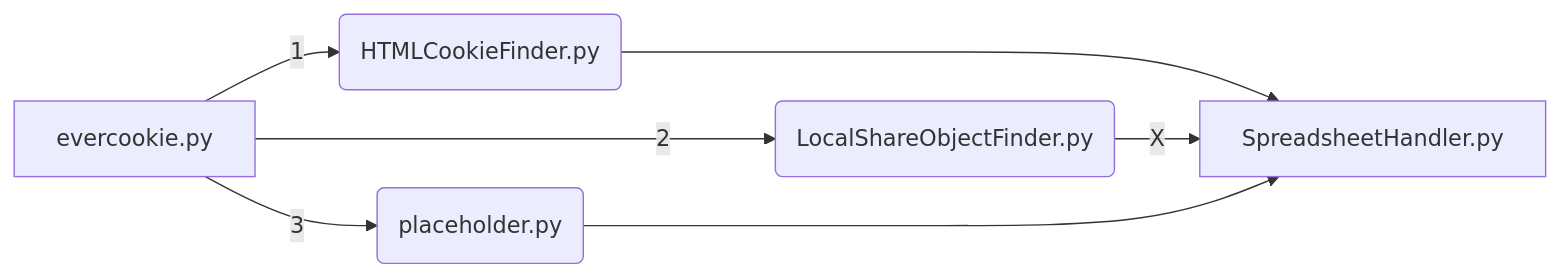
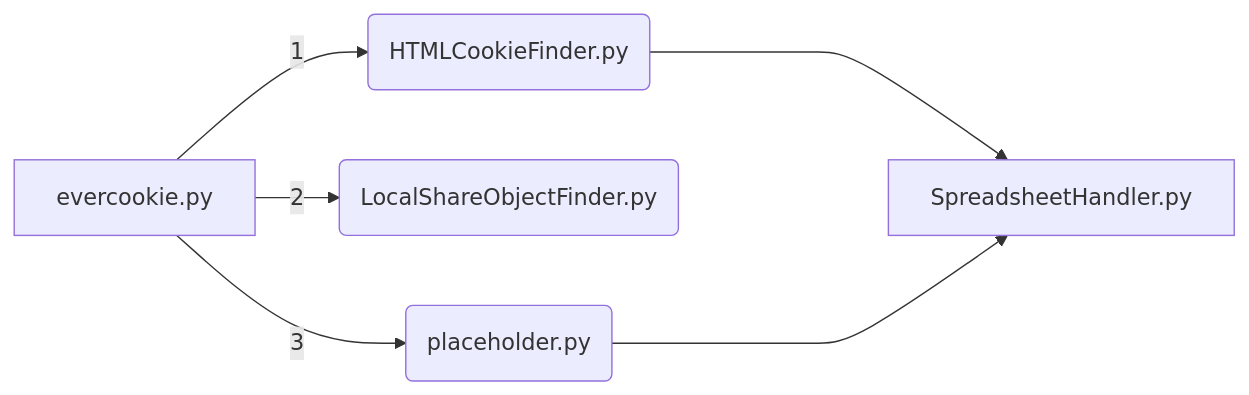
Before and after one commit to southwickIO/equable-destruction: the diagram in README.md, drawn with Mermaid.

````diff
--- a/README.md
+++ b/README.md
@@ -16,10 +16,9 @@
 ```mermaid
 graph LR
 A[evercookie.py] -- 1 --> B(HTMLCookieFinder.py)
 A[evercookie.py] -- 2 --> C(LocalShareObjectFinder.py)
 A[evercookie.py] -- 3 --> D(next.py)
 
 B(HTMLCookieFinder.py) ----> E[SpreadsheetHandler.py]
-C(LocalShareObjectFinder.py) -- X --> E[SpreadsheetHandler.py]
 D(placeholder.py) ----> E[SpreadsheetHandler.py]
 ```
````
